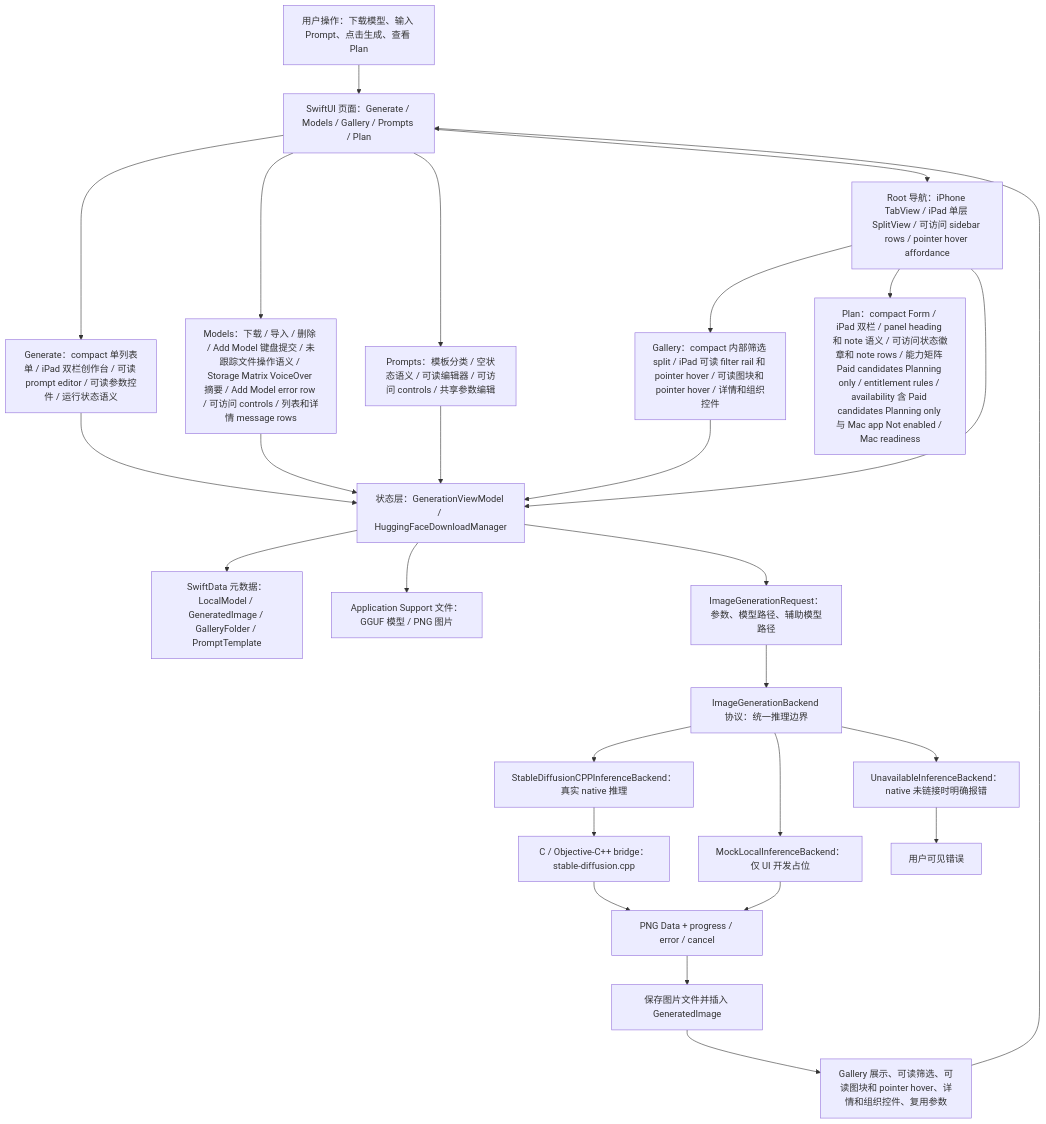
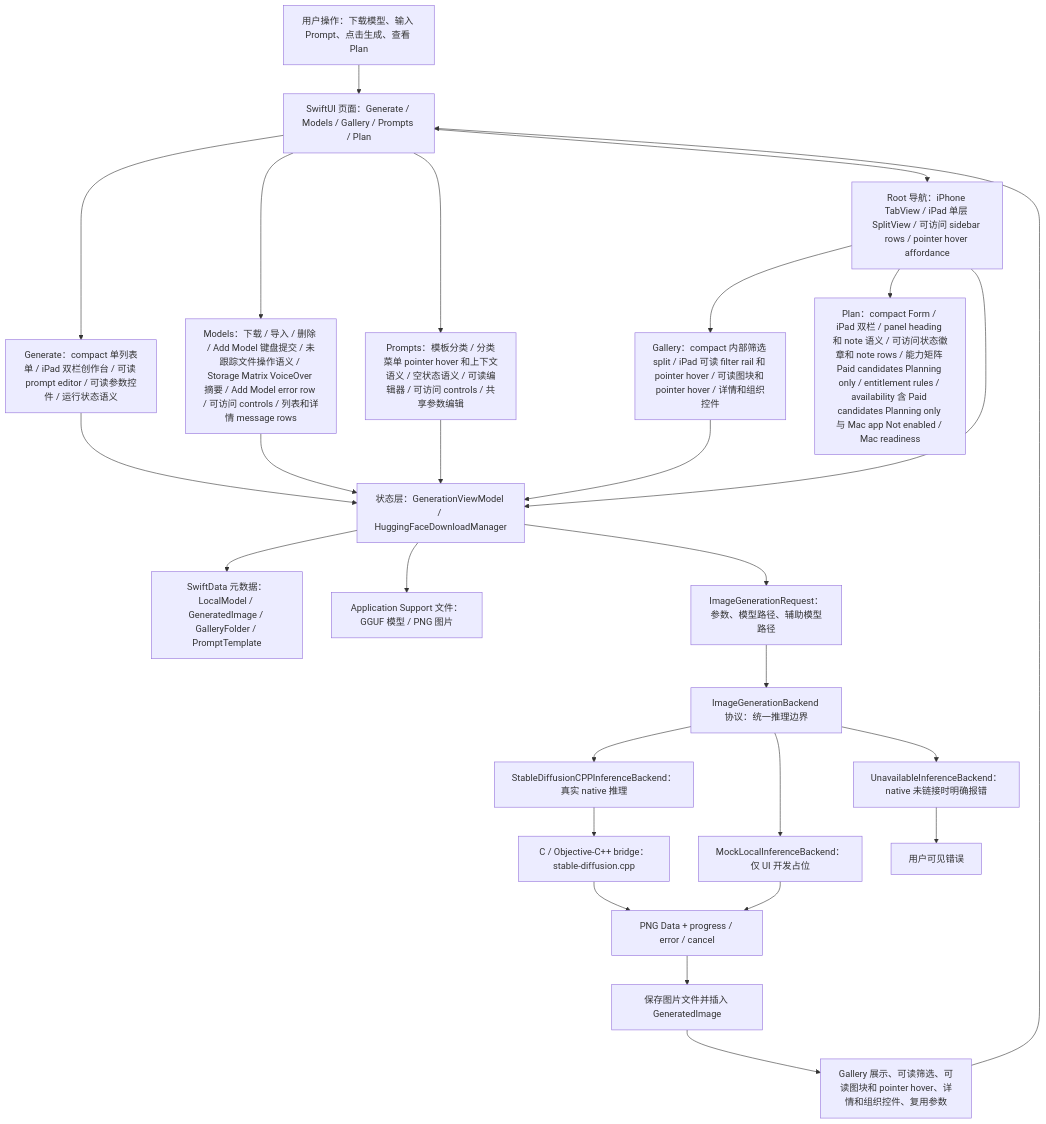
Before and after one commit to Altman-sam114/118: the first of 7 diagrams in md/flow/flowchart.md, drawn with Mermaid. The commit also changed 5 other files, not shown here.

````diff
--- a/md/flow/flowchart.md
+++ b/md/flow/flowchart.md
@@ -9,29 +9,29 @@
 ```mermaid
 flowchart TD
   U["用户操作：下载模型、输入 Prompt、点击生成、查看 Plan"] --> UI["SwiftUI 页面：Generate / Models / Gallery / Prompts / Plan"]
   UI --> GENUI["Generate：compact 单列表单 / iPad 双栏创作台 / 可读 prompt editor / 可读参数控件 / 运行状态语义"]
   UI --> MODELUI["Models：下载 / 导入 / 删除 / Add Model 键盘提交 / 未跟踪文件操作语义 / Storage Matrix VoiceOver 摘要 / Add Model error row / 可访问 controls / 列表和详情 message rows"]
-  UI --> PROMPTUI["Prompts：模板分类 / 空状态语义 / 可读编辑器 / 可访问 controls / 共享参数编辑"]
+  UI --> PROMPTUI["Prompts：模板分类 / 分类菜单 pointer hover 和上下文语义 / 空状态语义 / 可读编辑器 / 可访问 controls / 共享参数编辑"]
   UI --> NAV["Root 导航：iPhone TabView / iPad 单层 SplitView / 可访问 sidebar rows / pointer hover affordance"]
   NAV --> GALUI["Gallery：compact 内部筛选 split / iPad 可读 filter rail 和 pointer hover / 可读图块和 pointer hover / 详情和组织控件"]
   NAV --> PLANUI["Plan：compact Form / iPad 双栏 / panel heading 和 note 语义 / 可访问状态徽章和 note rows / 能力矩阵 Paid candidates Planning only / entitlement rules / availability 含 Paid candidates Planning only 与 Mac app Not enabled / Mac readiness"]
   NAV --> VM["状态层：GenerationViewModel / HuggingFaceDownloadManager"]
   GENUI --> VM
   MODELUI --> VM
   PROMPTUI --> VM
   GALUI --> VM
   VM --> SD["SwiftData 元数据：LocalModel / GeneratedImage / GalleryFolder / PromptTemplate"]
   VM --> FS["Application Support 文件：GGUF 模型 / PNG 图片"]
   VM --> REQ["ImageGenerationRequest：参数、模型路径、辅助模型路径"]
   REQ --> IFACE["ImageGenerationBackend 协议：统一推理边界"]
   IFACE --> NATIVE["StableDiffusionCPPInferenceBackend：真实 native 推理"]
   IFACE --> MOCK["MockLocalInferenceBackend：仅 UI 开发占位"]
   IFACE --> OFF["UnavailableInferenceBackend：native 未链接时明确报错"]
   NATIVE --> BRIDGE["C / Objective-C++ bridge：stable-diffusion.cpp"]
   BRIDGE --> PNG["PNG Data + progress / error / cancel"]
   MOCK --> PNG
   OFF --> ERR["用户可见错误"]
   PNG --> SAVE["保存图片文件并插入 GeneratedImage"]
   SAVE --> GALLERY["Gallery 展示、可读筛选、可读图块和 pointer hover、详情和组织控件、复用参数"]
   GALLERY --> UI
 ```
````
